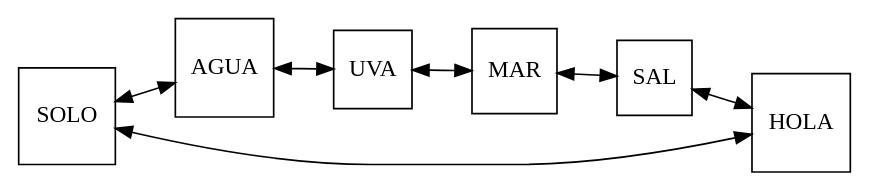
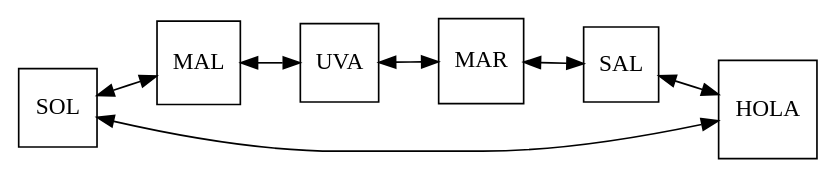
One commit to AhiezerRamirez/EDD_1S2020_PY1_201709062 changed the diagram in Diccionario.dot. Above: the diagram before and after it, drawn with Graphviz. The commit also changed 34 other files, not shown here.

```diff
--- a/Diccionario.dot
+++ b/Diccionario.dot
@@ -1,10 +1,10 @@
 digraph G {
  node [shape = square]; 
  graph [rankdir=LR];
-SOLO -> AGUA[ dir=both];
-AGUA -> UVA[ dir=both];
+SOL -> MAL[ dir=both];
+MAL -> UVA[ dir=both];
 UVA -> MAR[ dir=both];
 MAR -> SAL[ dir=both];
 SAL -> HOLA[ dir=both];
-HOLA -> SOLO[ dir=both];
+HOLA -> SOL[ dir=both];
  }
```
